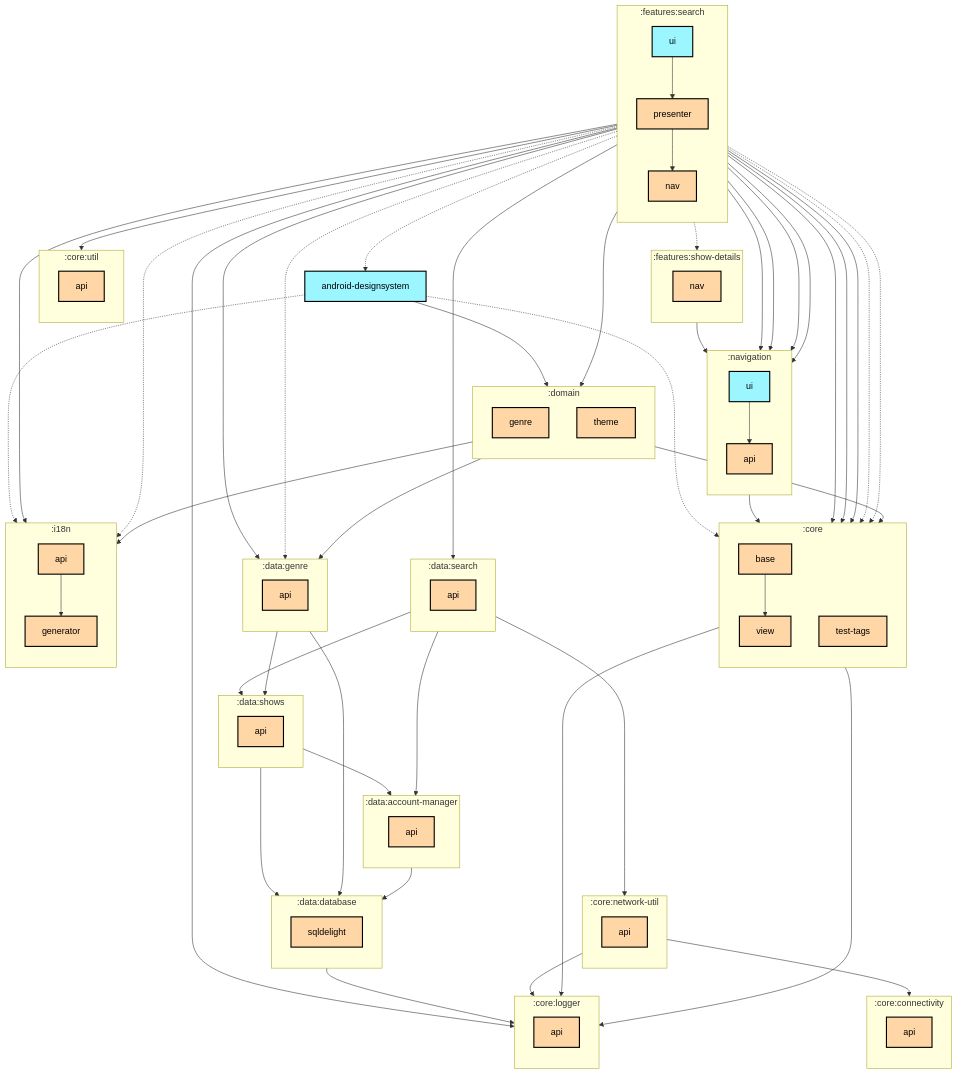
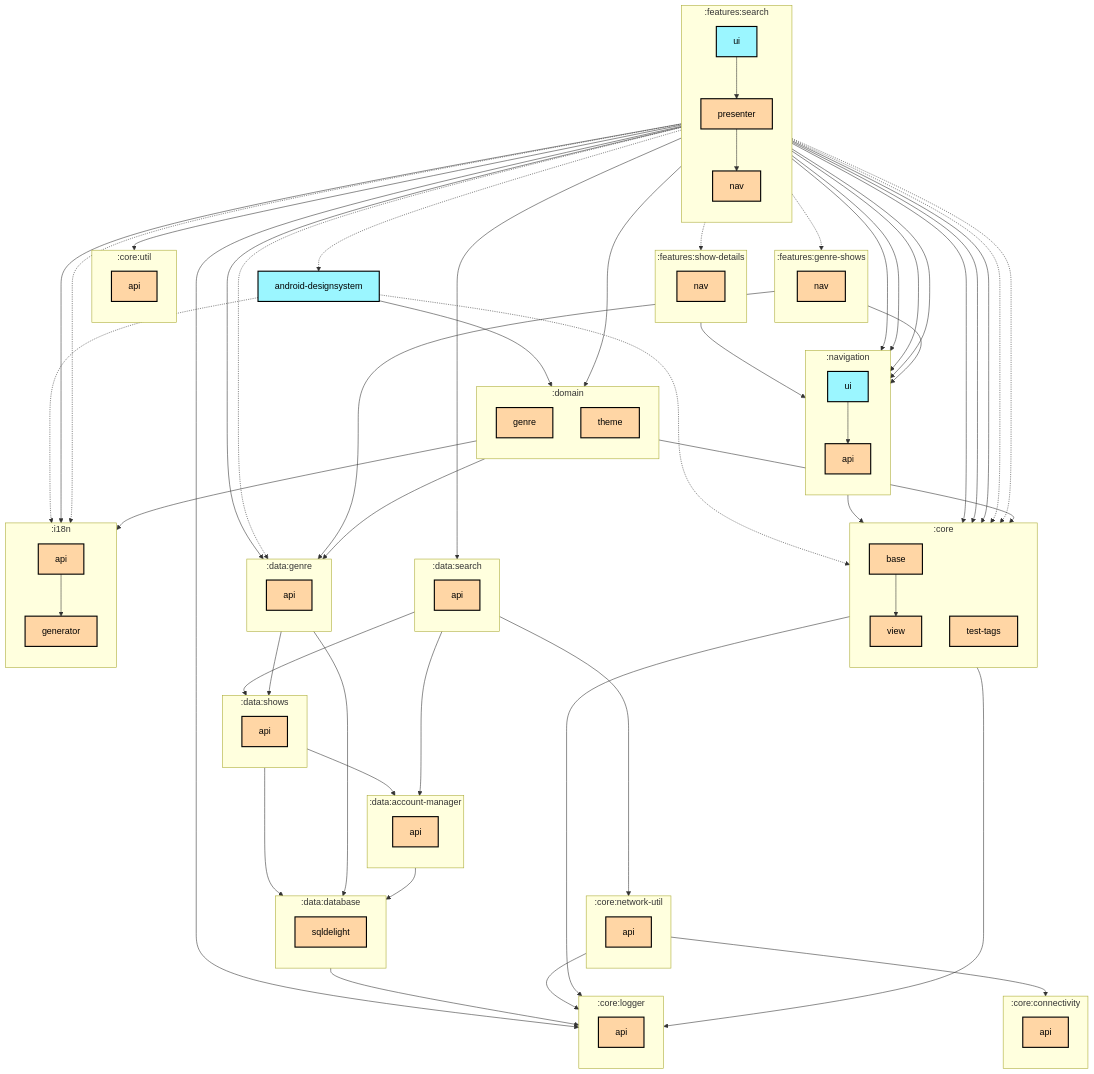
Before and after one commit to thomaskioko/tv-maniac: the first of 2 diagrams in features/search/ui/README.md, drawn with Mermaid. The commit also changed 70 other files, not shown here.

First line of the commit message:
feat: Add a Genre Shows screen from the Search genre rows (#1378)

```diff
--- a/features/search/ui/README.md
+++ b/features/search/ui/README.md
@@ -53,6 +53,10 @@
     :domain:genre[genre]:::multiplatform
     :domain:theme[theme]:::multiplatform
   end
+  subgraph :features:genre-shows
+    direction TB
+    :features:genre-shows:nav[nav]:::multiplatform
+  end
   subgraph :features:search
     direction TB
     :features:search:nav[nav]:::multiplatform
@@ -94,6 +98,8 @@
   :domain:genre --> :core:base
   :domain:genre --> :data:genre:api
   :domain:theme --> :i18n:generator
+  :features:genre-shows:nav --> :data:genre:api
+  :features:genre-shows:nav --> :navigation:api
   :features:search:nav --> :navigation:api
   :features:search:presenter --> :core:base
   :features:search:presenter --> :core:logger:api
@@ -102,6 +108,7 @@
   :features:search:presenter --> :data:genre:api
   :features:search:presenter --> :data:search:api
   :features:search:presenter --> :domain:genre
+  :features:search:presenter -.-> :features:genre-shows:nav
   :features:search:presenter --> :features:search:nav
   :features:search:presenter -.-> :features:show-details:nav
   :features:search:presenter --> :i18n:api
```
